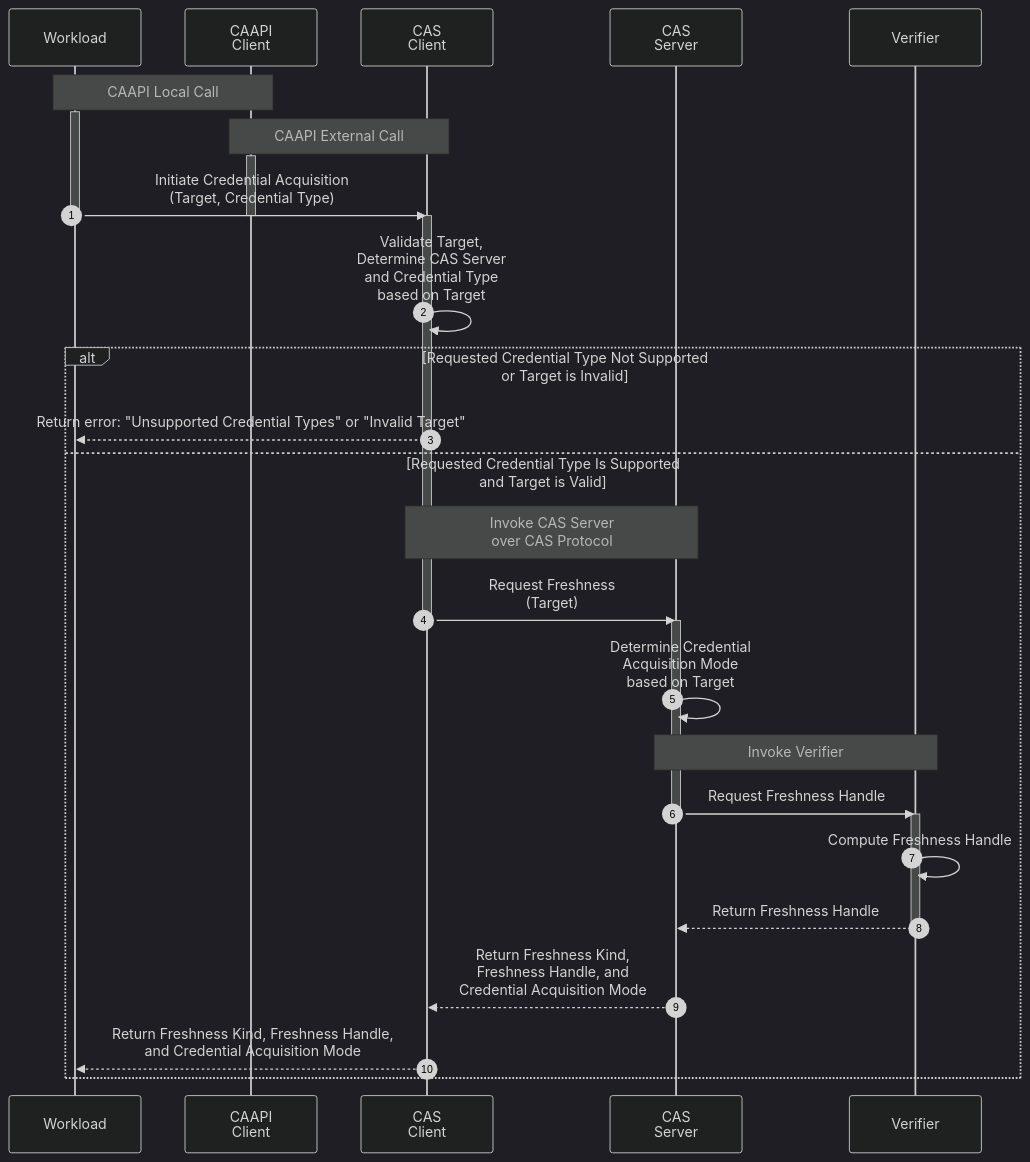
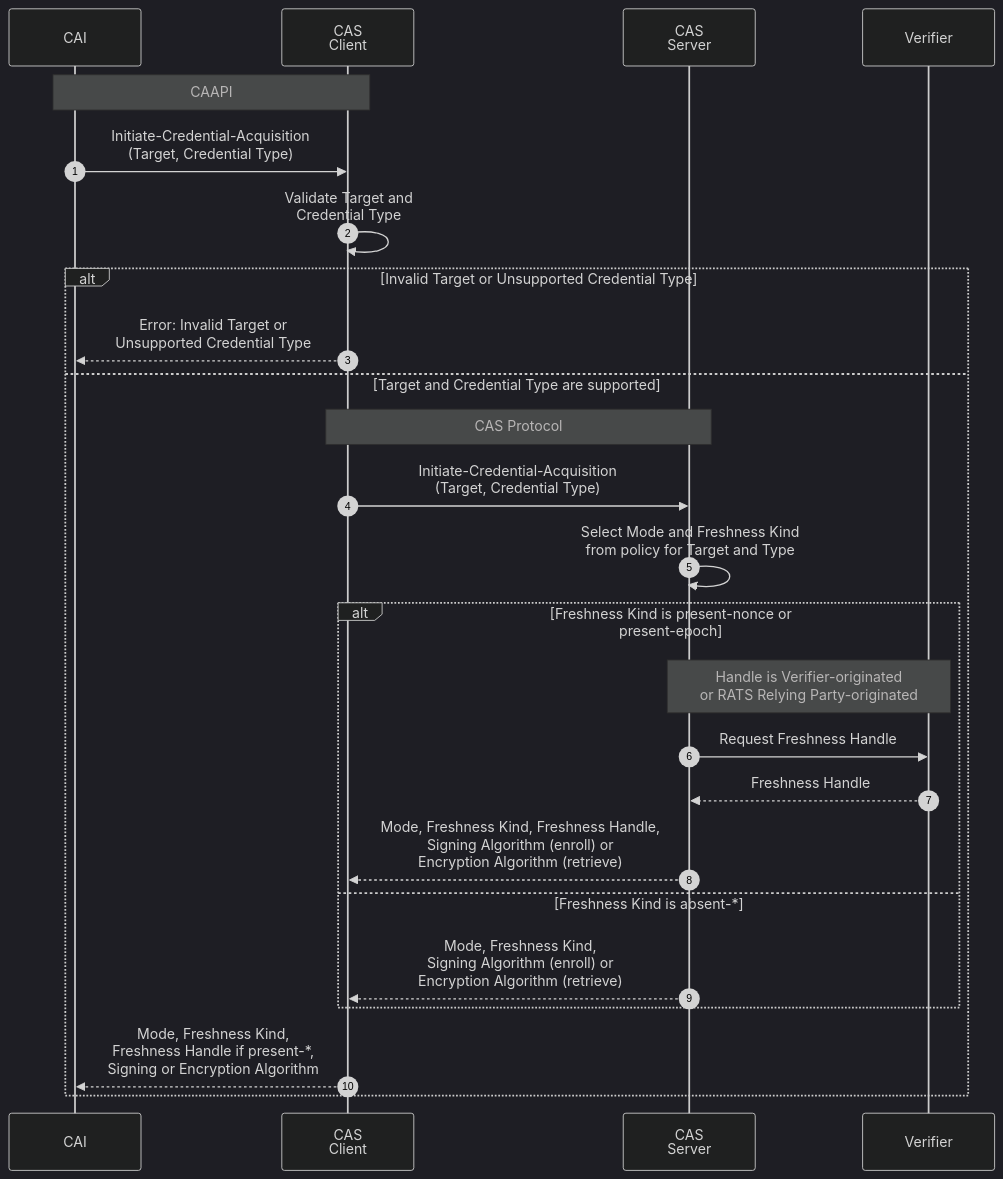
One commit to TWI-Unified-Model/tacra changed the diagram in proto/initiate.mmd. Above: the diagram before and after it, drawn with Mermaid (dark theme). The commit also changed 3 other files, not shown here.

```diff
--- a/proto/initiate.mmd
+++ b/proto/initiate.mmd
@@ -1,39 +1,31 @@
-%% Initiating Credential Acquisition
-%% by requesting a freshness handle from the Verifier
-%% The "Workload" here may be the Attester's Credential Acquisition Interface
+%% Initiate-Credential-Acquisition (CAAPI)
+%% First CAAPI call of Acquire-Credential: obtain Mode, Freshness Kind,
+%% and a Freshness Handle when the kind is present-nonce or present-epoch.
+%% The CAS Server is a conduit; it MUST NOT generate present-* Handles.
 sequenceDiagram
-    participant W as Workload
-    participant CAA_C as CAAPI<br/>Client
+    participant CAI as CAI
     participant CAS_C as CAS<br/>Client
     participant CAS_S as CAS<br/>Server
     participant V as Verifier
 
     autonumber
 
-    note over W, CAA_C: CAAPI Local Call
-    activate W
-    note over CAA_C, CAS_C: CAAPI External Call
-    activate CAA_C
-    W->>CAS_C: Initiate Credential Acquisition<br/>(Target, Credential Type)
-    deactivate CAA_C
-    deactivate W
-    activate CAS_C
-    CAS_C->>CAS_C: Validate Target,<br/>Determine CAS Server<br>and Credential Type<br/>based on Target
-    alt Requested Credential Type Not Supported<br/>or Target is Invalid
-        CAS_C-->>W: Return error: "Unsupported Credential Types" or "Invalid Target"
-    else Requested Credential Type Is Supported<br/>and Target is Valid
-        note over CAS_C, CAS_S: Invoke CAS Server<br/>over CAS Protocol
-        CAS_C->>CAS_S: Request Freshness<br/>(Target)
-        deactivate CAS_C
-        activate CAS_S
-        CAS_S->>CAS_S: Determine Credential<br/>Acquisition Mode<br/>based on Target
-        note over CAS_S, V: Invoke Verifier
-        CAS_S->>V: Request Freshness Handle
-        deactivate CAS_S
-        activate V
-        V->>V: Compute Freshness Handle
-        V-->>CAS_S: Return Freshness Handle
-        deactivate V
-        CAS_S-->>CAS_C: Return Freshness Kind,<br/>Freshness Handle, and<br/>Credential Acquisition Mode
-        CAS_C-->>W: Return Freshness Kind, Freshness Handle,<br/>and Credential Acquisition Mode
+    note over CAI, CAS_C: CAAPI
+    CAI->>CAS_C: Initiate-Credential-Acquisition<br/>(Target, Credential Type)
+    CAS_C->>CAS_C: Validate Target and<br/>Credential Type
+    alt Invalid Target or Unsupported Credential Type
+        CAS_C-->>CAI: Error: Invalid Target or<br/>Unsupported Credential Type
+    else Target and Credential Type are supported
+        note over CAS_C, CAS_S: CAS Protocol
+        CAS_C->>CAS_S: Initiate-Credential-Acquisition<br/>(Target, Credential Type)
+        CAS_S->>CAS_S: Select Mode and Freshness Kind<br/>from policy for Target and Type
+        alt Freshness Kind is present-nonce or present-epoch
+            note over CAS_S, V: Handle is Verifier-originated<br/>or RATS Relying Party-originated
+            CAS_S->>V: Request Freshness Handle
+            V-->>CAS_S: Freshness Handle
+            CAS_S-->>CAS_C: Mode, Freshness Kind, Freshness Handle,<br/>Signing Algorithm (enroll) or<br/>Encryption Algorithm (retrieve)
+        else Freshness Kind is absent-*
+            CAS_S-->>CAS_C: Mode, Freshness Kind,<br/>Signing Algorithm (enroll) or<br/>Encryption Algorithm (retrieve)
+        end
+        CAS_C-->>CAI: Mode, Freshness Kind,<br/>Freshness Handle if present-*,<br/>Signing or Encryption Algorithm
     end
```
